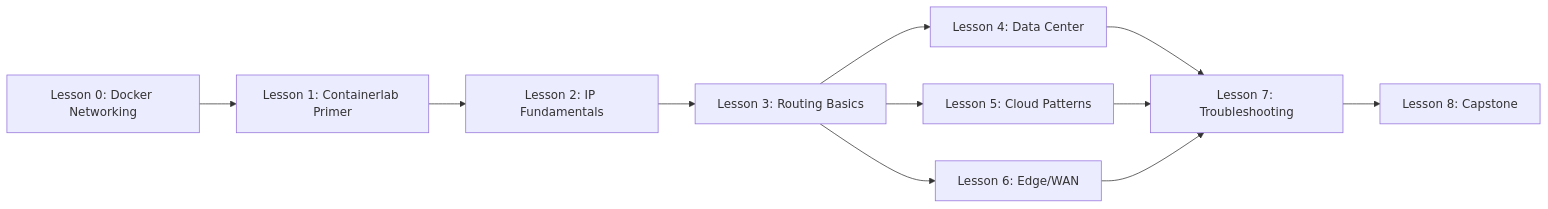
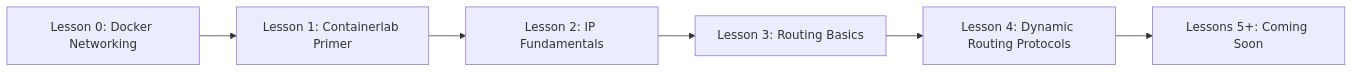
Before and after one commit to drewelliott/kubecraft: the diagram in lessons/clab/README.md, drawn with Mermaid. The commit also changed other lines of this file and 2 other files, not shown here.

First line of the commit message:
update course outline: lesson 4 is dynamic routing protocols, rest TBD

````diff
--- a/lessons/clab/README.md
+++ b/lessons/clab/README.md
@@ -9,13 +9,8 @@
 ```mermaid
 graph LR
     L0[Lesson 0: Docker Networking] --> L1[Lesson 1: Containerlab Primer]
     L1 --> L2[Lesson 2: IP Fundamentals]
     L2 --> L3[Lesson 3: Routing Basics]
-    L3 --> L4[Lesson 4: Data Center]
-    L3 --> L5[Lesson 5: Cloud Patterns]
-    L3 --> L6[Lesson 6: Edge/WAN]
-    L4 --> L7[Lesson 7: Troubleshooting]
-    L5 --> L7
-    L6 --> L7
-    L7 --> L8[Lesson 8: Capstone]
+    L3 --> L4[Lesson 4: Dynamic Routing Protocols]
+    L4 --> L5[Lessons 5+: Coming Soon]
 ```
````
